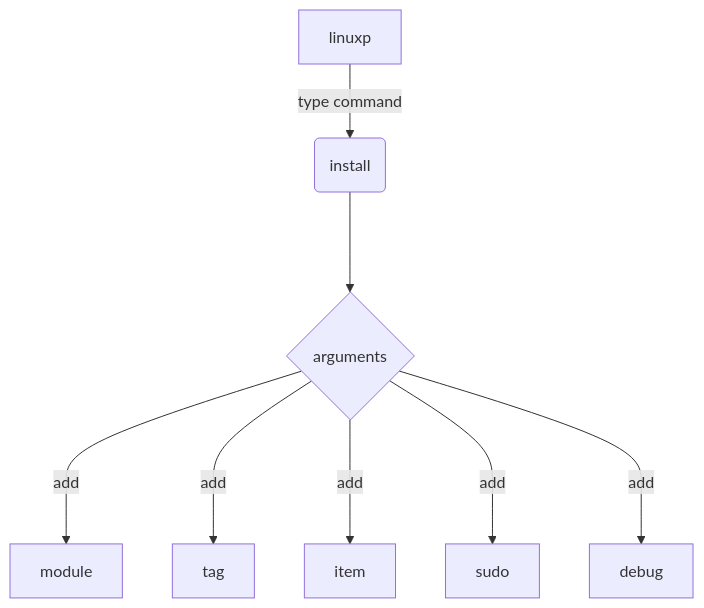
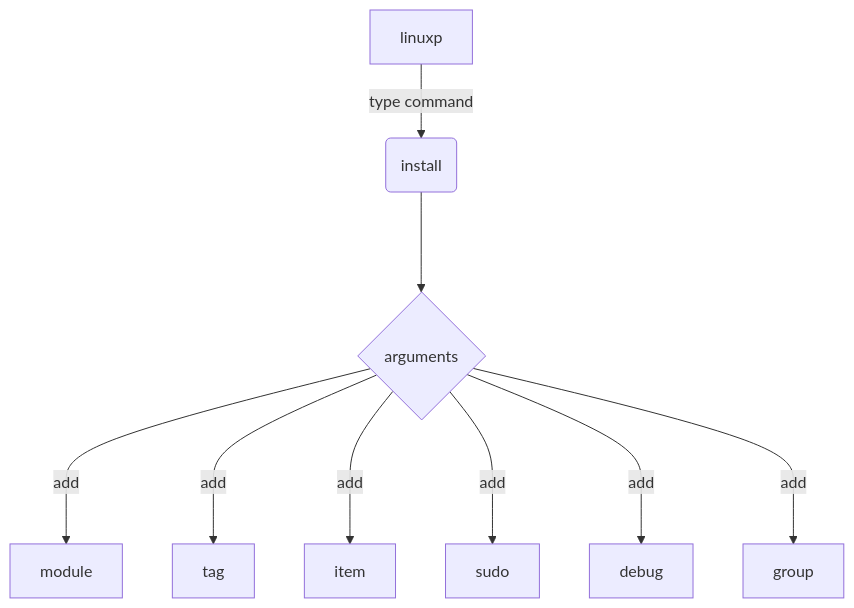
Before and after one commit to linux-profile/linux-profile: the diagram in docs/nav/commands/install/index.md, drawn with Mermaid. The commit also changed other lines of this file and 3 other files, not shown here.

````diff
--- a/docs/nav/commands/install/index.md
+++ b/docs/nav/commands/install/index.md
@@ -31,10 +32,11 @@
 ``` mermaid
 graph TD
     L[linuxp] -->|type command| i(install)
     i ---> option_i{arguments}
     option_i --->|add| arg_i_module[module]
     option_i --->|add| arg_i_tag[tag]
     option_i --->|add| arg_i_item[item]
     option_i --->|add| arg_i_sudo[sudo]
     option_i --->|add| arg_i_debug[debug]
+    option_i --->|add| arg_i_group[group]
 ```
````
